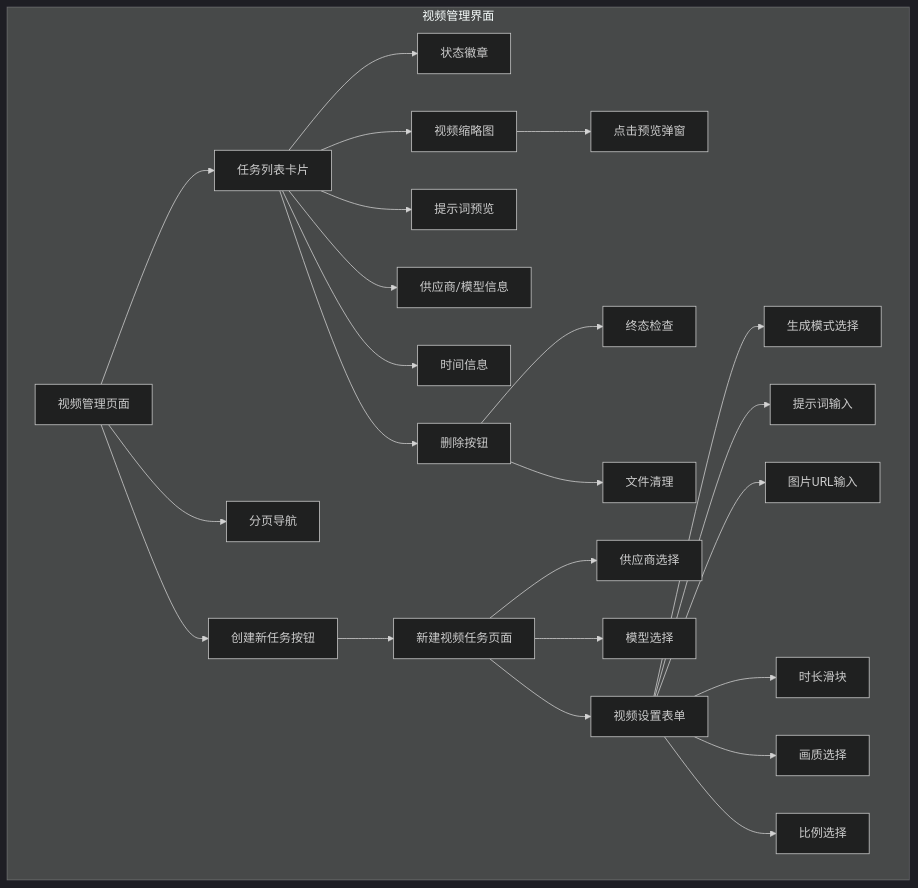
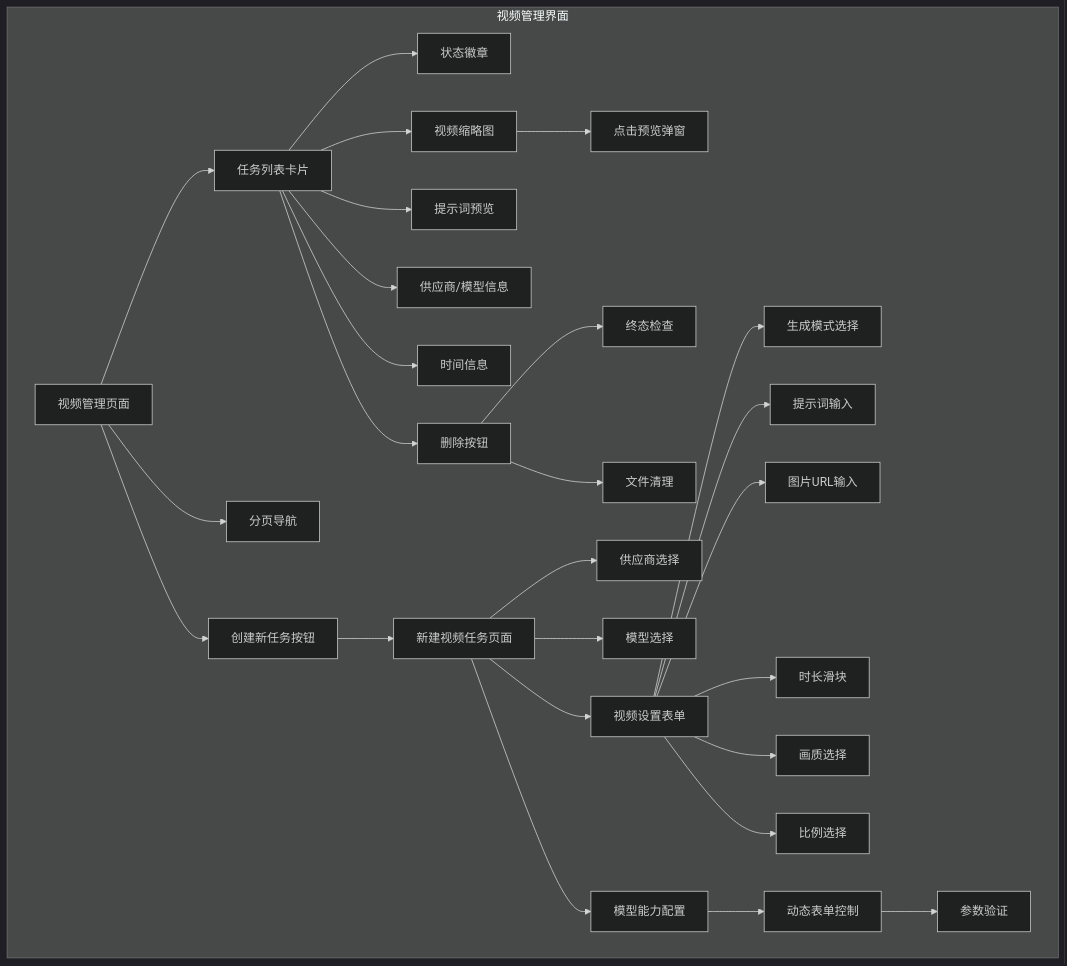
The eighth of 12 diagrams in .qoder/repowiki/zh/content/API接口文档/视频生成API文档.md (KunLabAI/KunFlix), drawn with Mermaid (dark theme) before and after one commit. The commit also changed other lines of this file and 11 other files, not shown here.

````diff
--- a/.qoder/repowiki/zh/content/API接口文档/视频生成API文档.md
+++ b/.qoder/repowiki/zh/content/API接口文档/视频生成API文档.md
@@ -586,27 +606,30 @@
 ```mermaid
 graph TB
 subgraph "视频管理界面"
 A[视频管理页面] --> B[任务列表卡片]
 A --> C[分页导航]
 A --> D[创建新任务按钮]
 B --> E[状态徽章]
 B --> F[视频缩略图]
 B --> G[提示词预览]
 B --> H[供应商/模型信息]
 B --> I[时间信息]
 F --> J[点击预览弹窗]
 D --> K[新建视频任务页面]
 K --> L[供应商选择]
 K --> M[模型选择]
 K --> N[视频设置表单]
 N --> O[生成模式选择]
 N --> P[提示词输入]
 N --> Q[图片URL输入]
 N --> R[时长滑块]
 N --> S[画质选择]
 N --> T[比例选择]
 B --> U[删除按钮]
 U --> V[终态检查]
 U --> W[文件清理]
+K --> X[模型能力配置]
+X --> Y[动态表单控制]
+Y --> Z[参数验证]
 end
 ```
````
